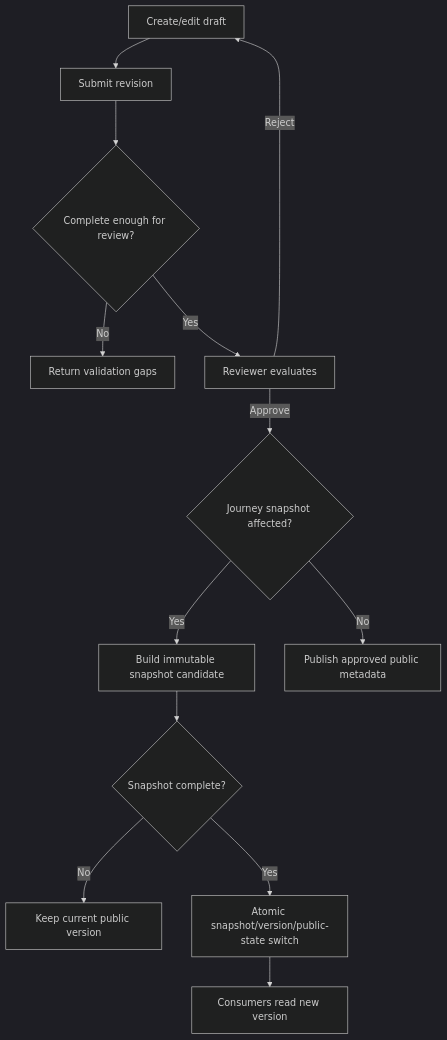
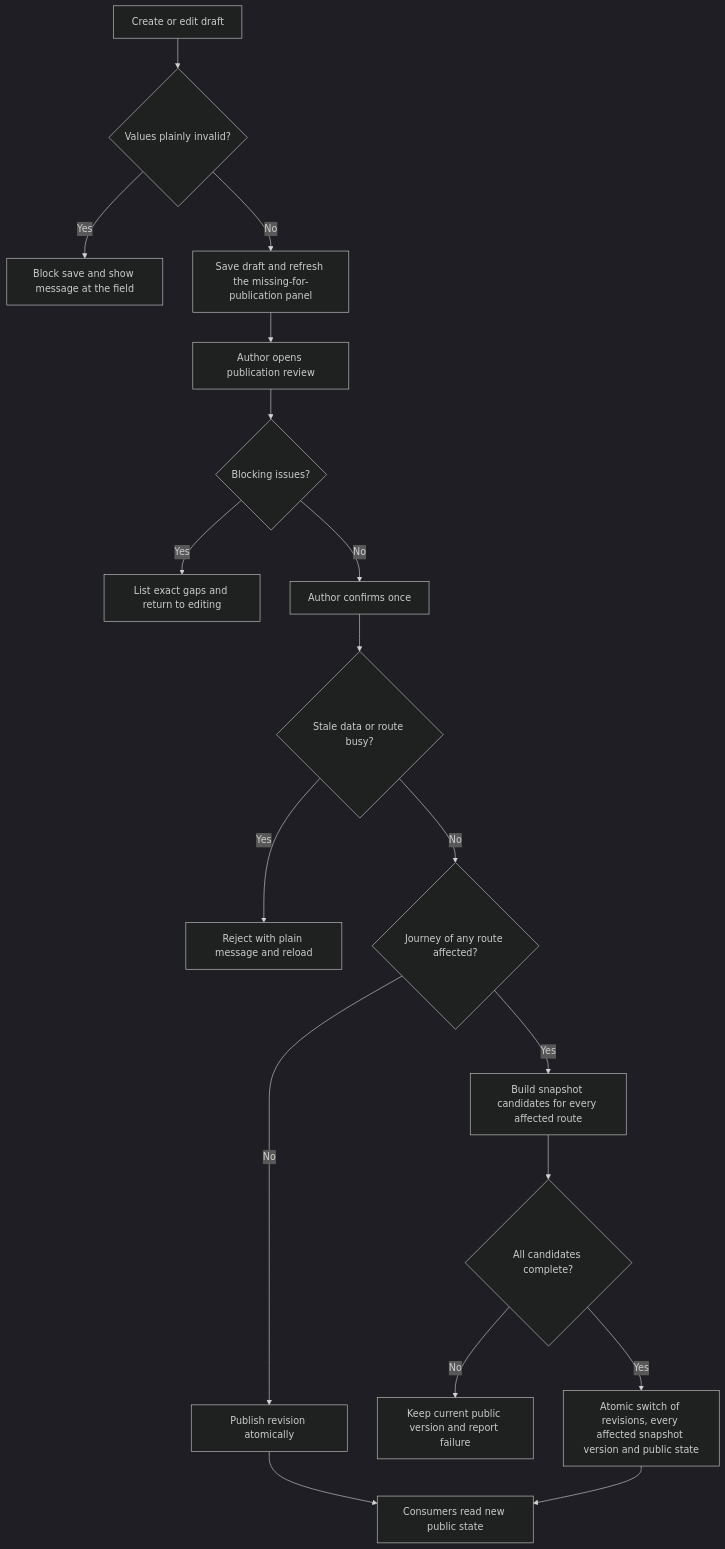
Before and after one commit to MckhueVanPhuc/Refactor-Cuc-Phuong: the third of 9 diagrams in docs/architecture/usage-flow.md, drawn with Mermaid (dark theme). The commit also changed other lines of this file and 6 other files, not shown here.

First line of the commit message:
docs: rebaseline architecture documents for V2

````diff
--- a/docs/architecture/usage-flow.md
+++ b/docs/architecture/usage-flow.md
@@ -65,15 +84,20 @@
 ```mermaid
 flowchart TD
-    A[Create/edit draft] --> B[Submit revision]
-    B --> C{Complete enough for review?}
-    C -->|No| D[Return validation gaps]
-    C -->|Yes| E[Reviewer evaluates]
-    E -->|Reject| A
-    E -->|Approve| F{Journey snapshot affected?}
-    F -->|Yes| G[Build immutable snapshot candidate]
-    F -->|No| H[Publish approved public metadata]
-    G --> I{Snapshot complete?}
-    I -->|No| J[Keep current public version]
-    I -->|Yes| K[Atomic snapshot/version/public-state switch]
-    K --> L[Consumers read new version]
+    A[Create or edit draft] --> B{Values plainly invalid?}
+    B -->|Yes| C[Block save and show message at the field]
+    B -->|No| D[Save draft and refresh the missing-for-publication panel]
+    D --> E[Author opens publication review]
+    E --> F{Blocking issues?}
+    F -->|Yes| G[List exact gaps and return to editing]
+    F -->|No| H[Author confirms once]
+    H --> I{Stale data or route busy?}
+    I -->|Yes| J[Reject with plain message and reload]
+    I -->|No| K{Journey of any route affected?}
+    K -->|No| L[Publish revision atomically]
+    K -->|Yes| M[Build snapshot candidates for every affected route]
+    M --> N{All candidates complete?}
+    N -->|No| O[Keep current public version and report failure]
+    N -->|Yes| P[Atomic switch of revisions, every affected snapshot version and public state]
+    L --> Q[Consumers read new public state]
+    P --> Q
 ```
````
